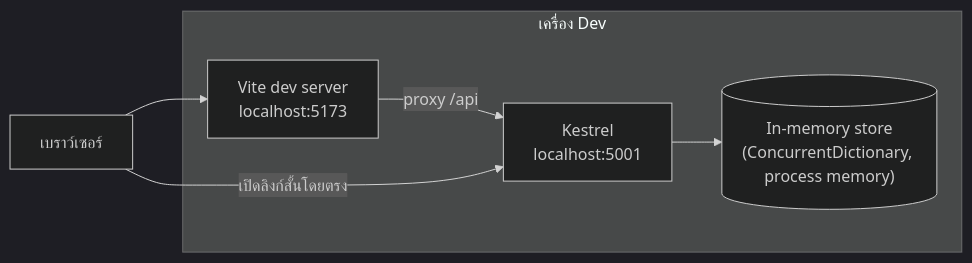
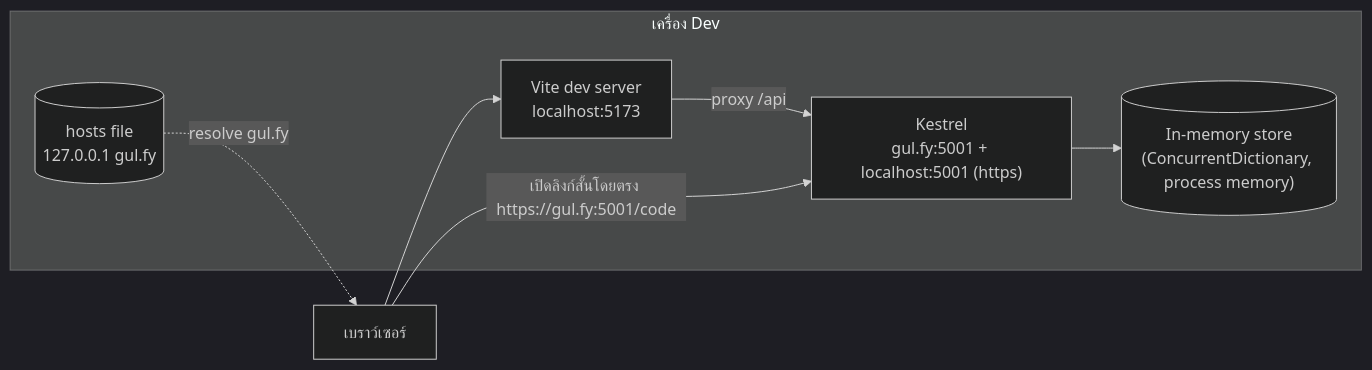
One commit to MoriMokata/url-link-shortener changed the eighth of 8 diagrams in ai-logs/output/ARCHITECTURE.md. Above: the diagram before and after it, drawn with Mermaid (dark theme). The commit also changed other lines of this file, not shown here.

Commit message:
DOC-10: sync output/ARCHITECTURE.md with post-launch changes (MUI, gul.fy, QR button removal)

````diff
--- a/ai-logs/output/ARCHITECTURE.md
+++ b/ai-logs/output/ARCHITECTURE.md
@@ -243,9 +243,11 @@
 ```mermaid
 graph LR
     subgraph "เครื่อง Dev"
-        Vite["Vite dev server<br/>localhost:5173"] -->|proxy /api| Kestrel["Kestrel<br/>localhost:5001"]
+        Hosts[("hosts file<br/>127.0.0.1 gul.fy")]
+        Vite["Vite dev server<br/>localhost:5173"] -->|proxy /api| Kestrel["Kestrel<br/>gul.fy:5001 + localhost:5001 (https)"]
         Kestrel --> Mem[("In-memory store<br/>(ConcurrentDictionary, process memory)")]
     end
     Browser["เบราว์เซอร์"] --> Vite
-    Browser -->|เปิดลิงก์สั้นโดยตรง| Kestrel
+    Browser -->|"เปิดลิงก์สั้นโดยตรง https://gul.fy:5001/code"| Kestrel
+    Hosts -.->|resolve gul.fy| Browser
 ```
````
